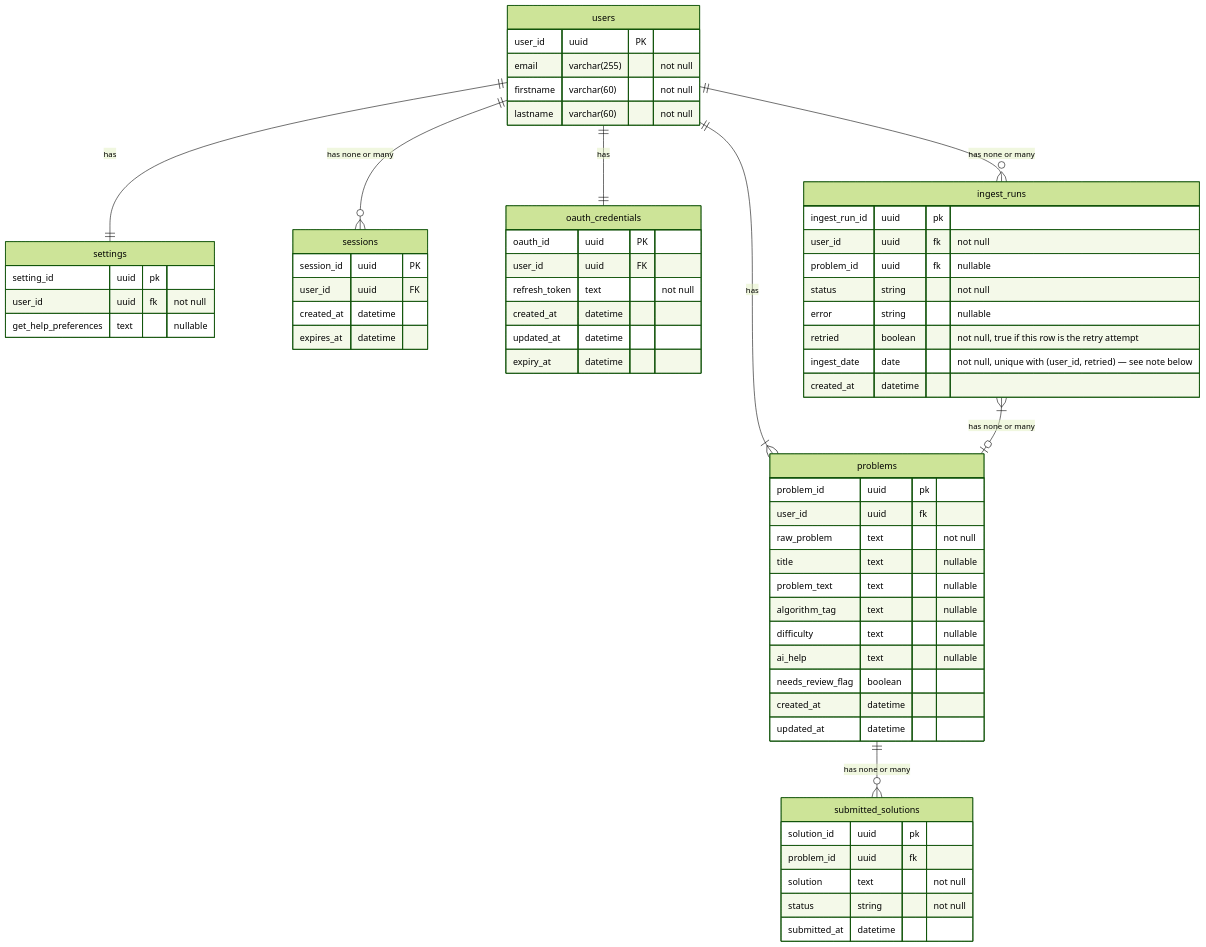
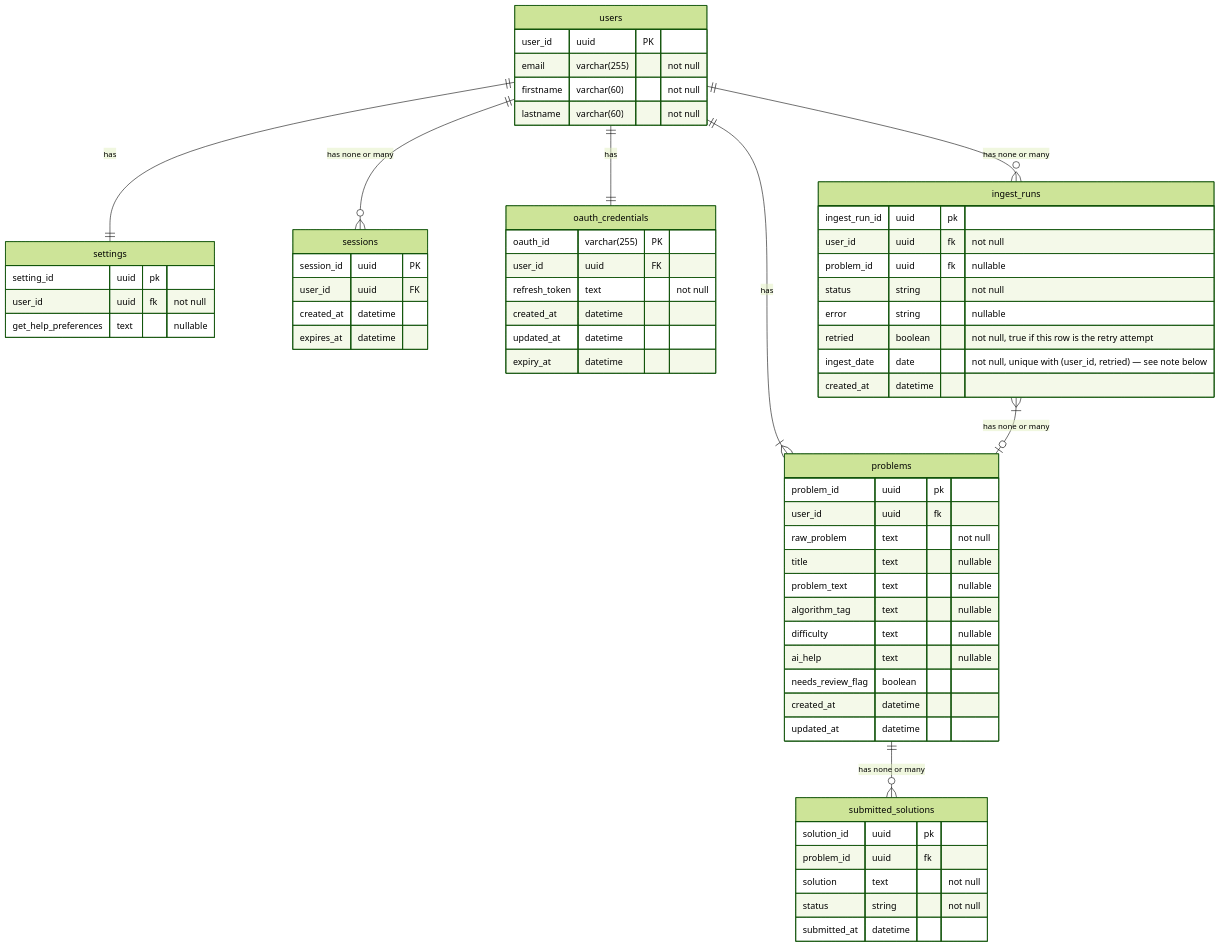
Before and after one commit to sabi1125/daily-coding-companion: the diagram in api-docs/er_diagram.md, drawn with Mermaid (forest theme). The commit also changed other lines of this file and 48 other files, not shown here.

````diff
--- a/api-docs/er_diagram.md
+++ b/api-docs/er_diagram.md
@@ -3,72 +3,72 @@
 ```mermaid
 erDiagram
 users {
     user_id uuid PK
     email varchar(255) "not null"
     firstname varchar(60) "not null"
     lastname varchar(60) "not null"
 }
 
 settings {
     setting_id uuid pk
     user_id uuid fk "not null"
     get_help_preferences text "nullable"
 }
 
 sessions {
     session_id uuid PK
     user_id uuid FK
     created_at datetime
     expires_at datetime
 }
 
 oauth_credentials {
-    oauth_id uuid PK
+    oauth_id varchar(255) PK
     user_id uuid FK
     refresh_token text "not null"
     created_at datetime
     updated_at datetime
     expiry_at datetime
 }
 
 problems {
     problem_id uuid pk
     user_id uuid fk
     raw_problem text "not null"
     title text "nullable"
     problem_text text "nullable"
     algorithm_tag text "nullable"
     difficulty text "nullable"
     ai_help text "nullable"
     needs_review_flag boolean
     created_at datetime
     updated_at datetime
 }
 
 submitted_solutions {
     solution_id uuid pk
     problem_id uuid fk
     solution text "not null"
     status string "not null"
     submitted_at datetime
 }
 
 ingest_runs {
     ingest_run_id uuid pk
     user_id uuid fk "not null"
     problem_id uuid fk "nullable"
     status string "not null"
     error string "nullable"
     retried boolean "not null, true if this row is the retry attempt"
     ingest_date date "not null, unique with (user_id, retried) — see note below"
     created_at datetime
 }
 
 users ||--o{ sessions : "has none or many"
 users ||--|| oauth_credentials : "has"
 users ||--|{ problems: "has"
 users ||--|| settings: "has"
 users ||--o{ ingest_runs : "has none or many"
 ingest_runs }|--o| problems : "has none or many"
 problems ||--o{ submitted_solutions: "has none or many"
 ```
````
